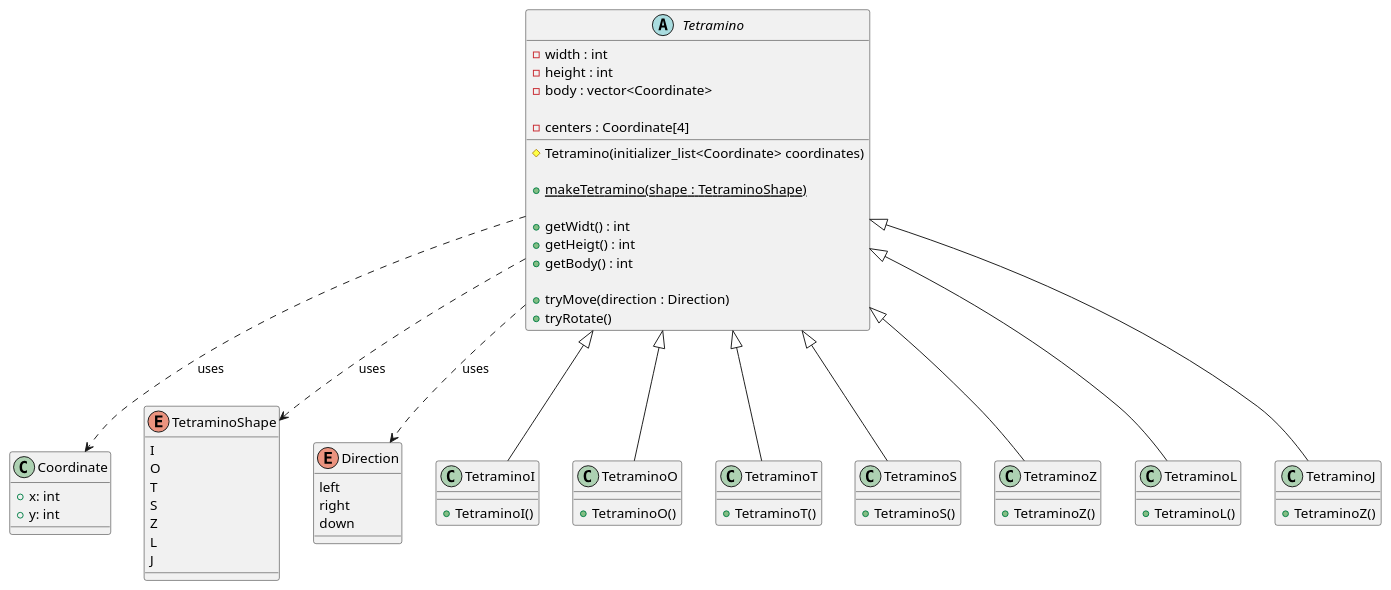
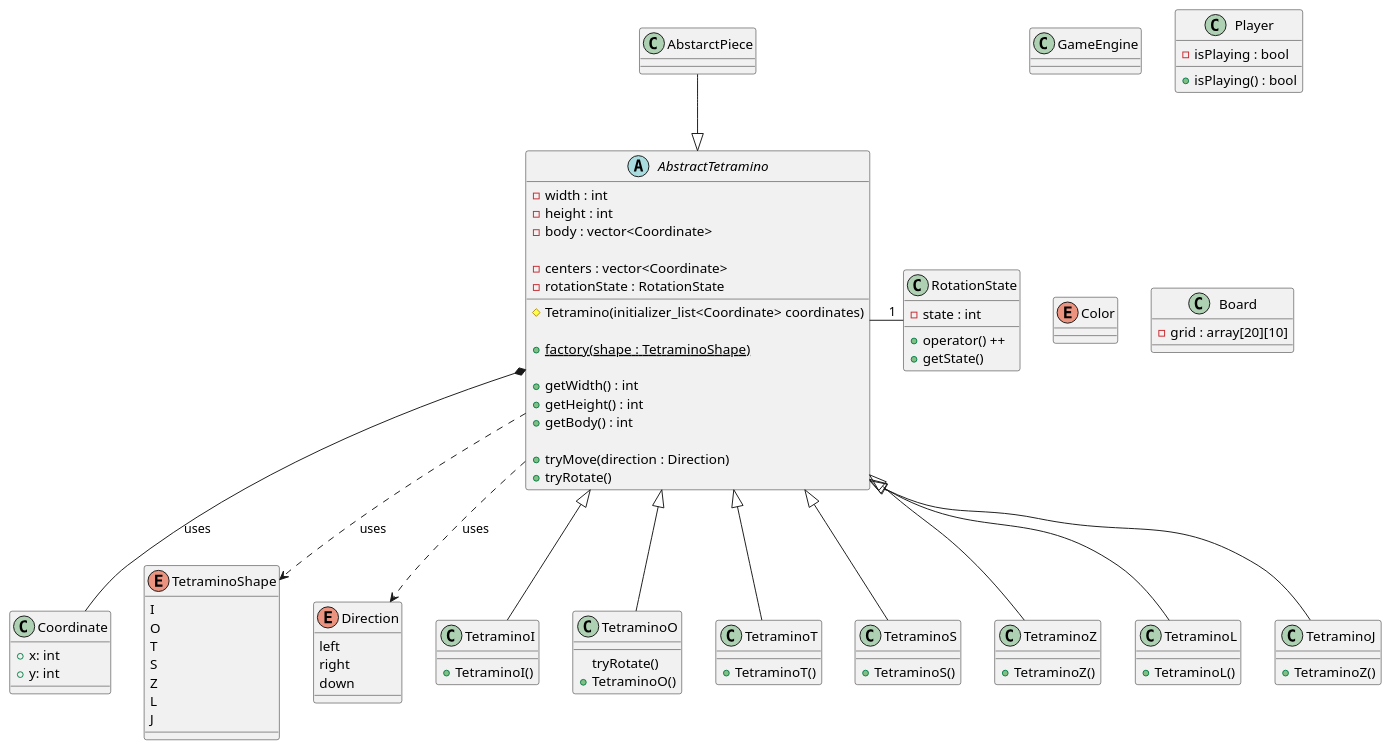
One commit to ulb-info2-group5/Royal-Blocks changed the diagram in SRD-DOC/uml/class/game/game.plantuml. Above: the diagram before and after it, drawn with PlantUML.

```diff
--- a/SRD-DOC/uml/class/game/game.plantuml
+++ b/SRD-DOC/uml/class/game/game.plantuml
@@ -1,78 +1,119 @@
 @startuml Game
+
+
+class GameEngine{
+    
+}
+
+class Player {
+    -isPlaying : bool
+    +isPlaying() : bool
+    
+}
+
+
+abstract class AbstractTetramino {
+    - width : int
+    - height : int
+    'TODO: color ?
+    - body : vector<Coordinate>
+
+    ' coordinate of the center's for all 4 rotation states
+    - centers : vector<Coordinate>
+    - rotationState : RotationState
+
+    # Tetramino(initializer_list<Coordinate> coordinates)
+
+    ' factory
+    + {static} factory(shape : TetraminoShape)
+
+    + getWidth() : int 
+    + getHeight() : int
+    + getBody() : int
+
+    + tryMove(direction : Direction)
+    + tryRotate()
+}
+
+
 
 class Coordinate {
     + x: int
     + y: int
 }
 
 enum TetraminoShape {
     I
     O
     T
     S
     Z
     L
     J
 }
 
 enum Direction {
     left
     right
     down
 }
 
-abstract class Tetramino {
-    - width : int
-    - height : int
-    'TODO: color ?
-    - body : vector<Coordinate>
 
-    ' coordinate of the center's for all 4 rotation states
-    - centers : Coordinate[4]
 
-    # Tetramino(initializer_list<Coordinate> coordinates)
+class RotationState{
+    - state : int 
+    + operator() ++
+    + getState() 
 
-    ' factory
-    + {static} makeTetramino(shape : TetraminoShape)
-
-    + getWidt() : int
-    + getHeigt() : int
-    + getBody() : int
-
-    + tryMove(direction : Direction)
-    + tryRotate()
 }
 
-class TetraminoI extends Tetramino { 
+enum Color {
+
+}
+
+class Board {
+    -grid : array[20][10] 
+}
+
+
+
+class TetraminoI extends AbstractTetramino { 
     +TetraminoI()
 }
 
-class TetraminoO extends Tetramino { 
+class TetraminoO extends AbstractTetramino { 
+    'overriding'
+    tryRotate()
     +TetraminoO()
+
 }
 
-class TetraminoT extends Tetramino { 
+class TetraminoT extends AbstractTetramino { 
     +TetraminoT()
 }
 
-class TetraminoS extends Tetramino { 
+class TetraminoS extends AbstractTetramino { 
     +TetraminoS()
 }
 
-class TetraminoZ extends Tetramino { 
+class TetraminoZ extends AbstractTetramino { 
     +TetraminoZ()
 }
 
-class TetraminoL extends Tetramino { 
+class TetraminoL extends AbstractTetramino { 
     +TetraminoL()
 }
 
-class TetraminoJ extends Tetramino { 
+class TetraminoJ extends AbstractTetramino { 
     +TetraminoZ()
 }
 
-Tetramino .-> Coordinate : uses
-Tetramino .-> TetraminoShape : uses
-Tetramino .-> Direction : uses
+AbstarctPiece --|> AbstractTetramino
+AbstractTetramino *-- Coordinate : uses
+AbstractTetramino - "1"RotationState
+AbstractTetramino.-> TetraminoShape : uses
+AbstractTetramino .-> Direction : uses
+
+
  
 @enduml
```
